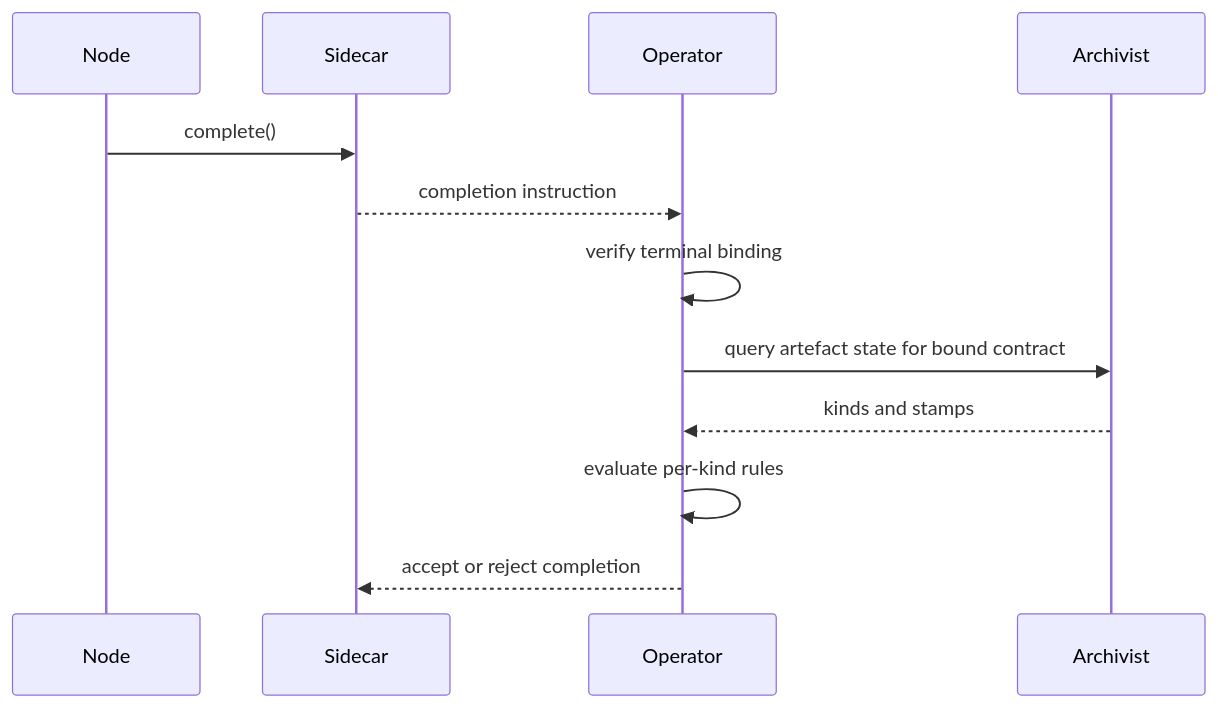
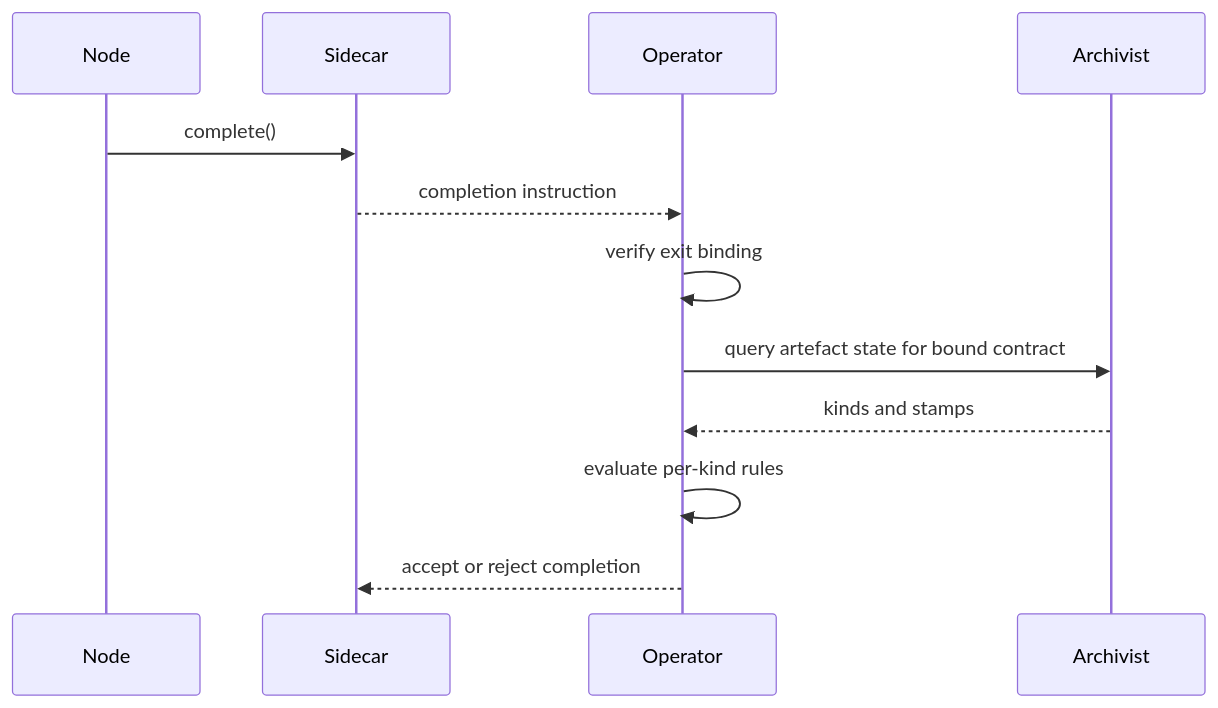
Before and after one commit to really-knows-ai/gideas: the third of 3 diagrams in 02-flow/01-operator.md, drawn with Mermaid. The commit also changed other lines of this file and 11 other files, not shown here.

````diff
--- a/02-flow/01-operator.md
+++ b/02-flow/01-operator.md
@@ -118,15 +134,15 @@
 ```mermaid
 sequenceDiagram
     participant ND as Node
     participant SC as Sidecar
     participant OP as Operator
     participant AR as Archivist
 
     ND->>SC: complete()
     SC-->>OP: completion instruction
-    OP->>OP: verify terminal binding
+    OP->>OP: verify exit binding
     OP->>AR: query artefact state for bound contract
     AR-->>OP: kinds and stamps
     OP->>OP: evaluate per-kind rules
     OP-->>SC: accept or reject completion
 ```
````
